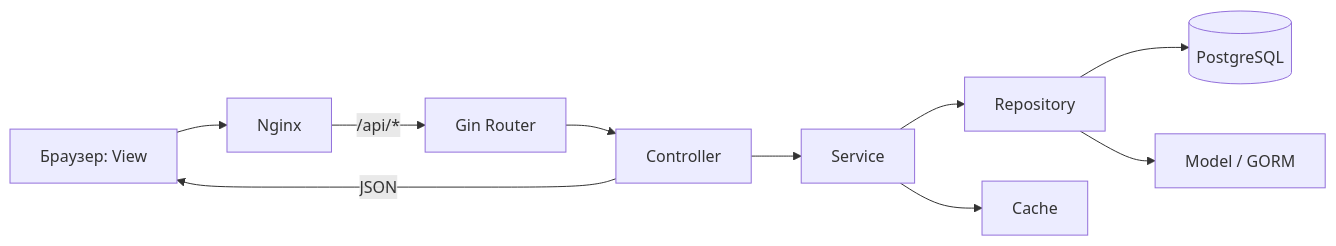
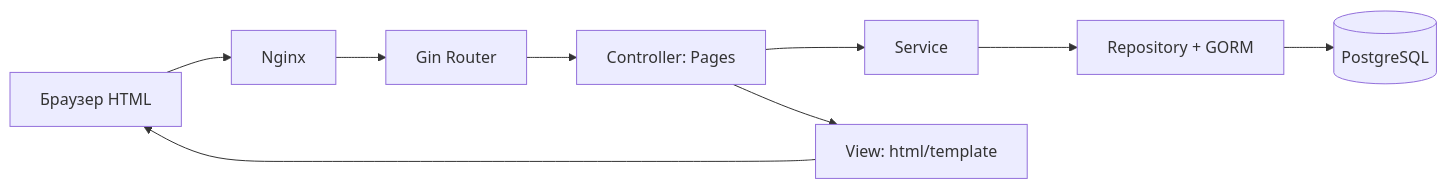
The diagram in docs/ARCHITECTURE.md (NorousS/kai-web-dev), drawn with Mermaid before and after one commit. The commit also changed other lines of this file and 27 other files, not shown here.

````diff
--- a/docs/ARCHITECTURE.md
+++ b/docs/ARCHITECTURE.md
@@ -42,12 +13,11 @@
 ```mermaid
 flowchart LR
-    Browser[Браузер: View] --> Nginx[Nginx]
-    Nginx -->|/api/*| Router[Gin Router]
-    Router --> Controller[Controller]
-    Controller --> Service[Service]
-    Service --> Repository[Repository]
-    Repository --> DB[(PostgreSQL)]
-    Repository --> Model[Model / GORM]
-    Service --> Cache[Cache]
-    Controller -->|JSON| Browser
+ Browser[Браузер HTML] --> Proxy[Nginx]
+ Proxy --> Router[Gin Router]
+ Router --> Controller[Controller: Pages]
+ Controller --> Service[Service]
+ Service --> Repository[Repository + GORM]
+ Repository --> DB[(PostgreSQL)]
+ Controller --> View[View: html/template]
+ View --> Browser
 ```
````
